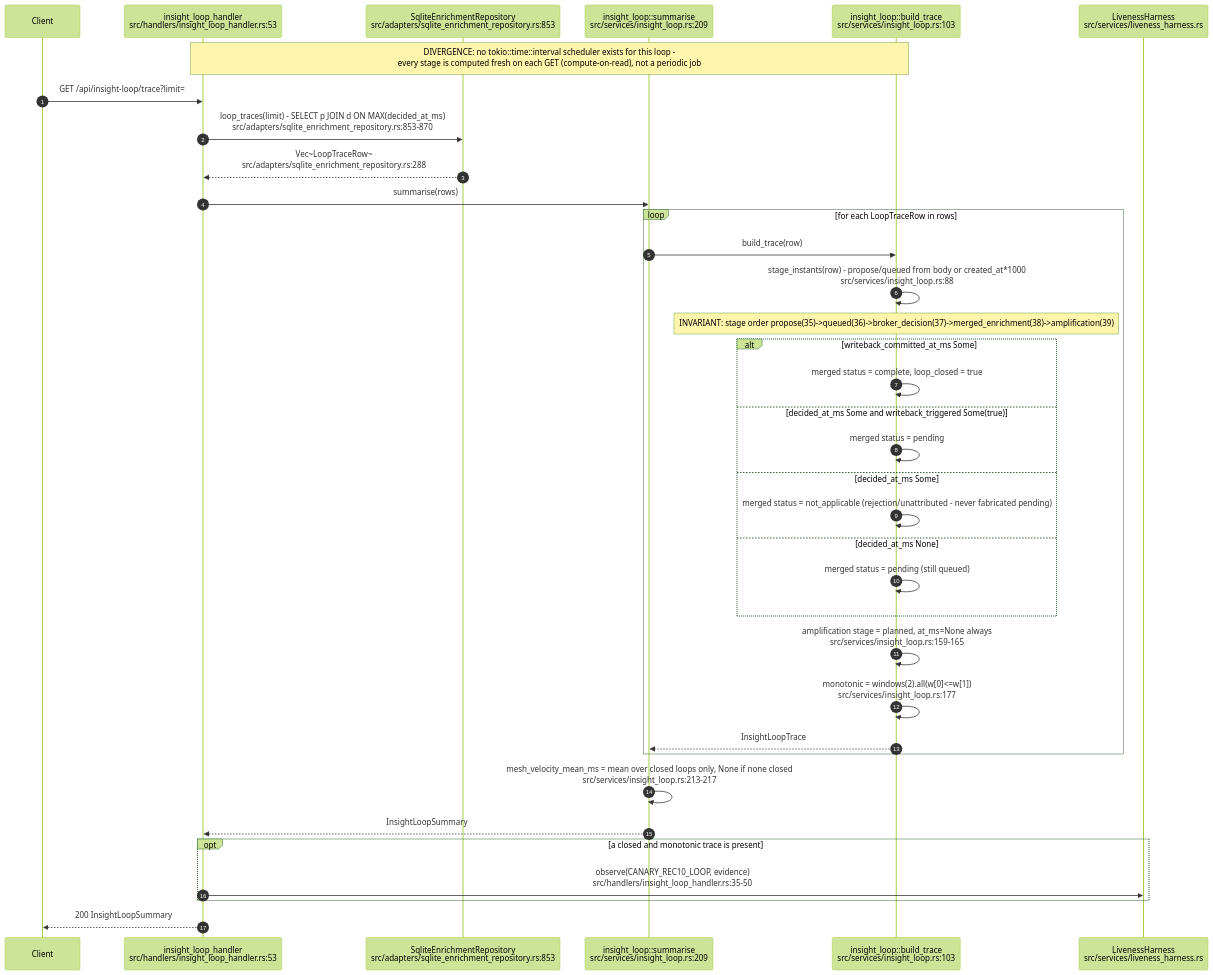
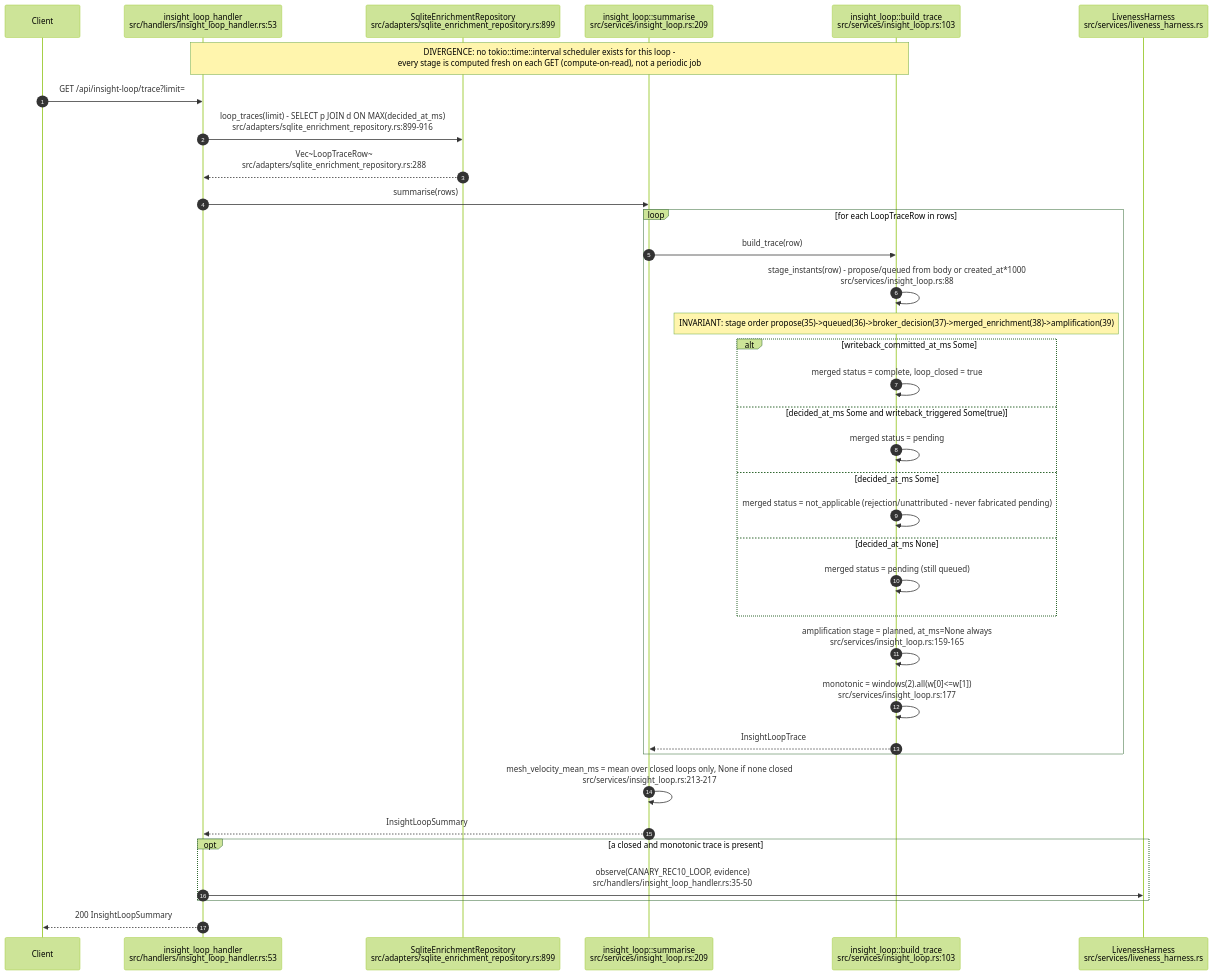
The first of 12 diagrams in docs/diagrams/visionclaw/25-insight-kpi-nlq-semantics.md (DreamLab-AI/VisionFlow), drawn with Mermaid (forest theme) before and after one commit. The commit also changed other lines of this file and 7 other files, not shown here.

First line of the commit message:
diagrams(visionclaw): re-verify VC-25..28 and VC-30..33 at visionclaw 4900ec60b, agentbox 59b1aca1c

````diff
--- a/docs/diagrams/visionclaw/25-insight-kpi-nlq-semantics.md
+++ b/docs/diagrams/visionclaw/25-insight-kpi-nlq-semantics.md
@@ -66,39 +67,39 @@
 ```mermaid
 sequenceDiagram
     autonumber
     participant C as Client
     participant H as insight_loop_handler<br/>src/handlers/insight_loop_handler.rs:53
-    participant R as SqliteEnrichmentRepository<br/>src/adapters/sqlite_enrichment_repository.rs:853
+    participant R as SqliteEnrichmentRepository<br/>src/adapters/sqlite_enrichment_repository.rs:899
     participant L as insight_loop::summarise<br/>src/services/insight_loop.rs:209
     participant B as insight_loop::build_trace<br/>src/services/insight_loop.rs:103
     participant LH as LivenessHarness<br/>src/services/liveness_harness.rs
 
     Note over H,B: DIVERGENCE: no tokio::time::interval scheduler exists for this loop -<br/>every stage is computed fresh on each GET (compute-on-read), not a periodic job
     C->>H: GET /api/insight-loop/trace?limit=
-    H->>R: loop_traces(limit) - SELECT p JOIN d ON MAX(decided_at_ms)<br/>src/adapters/sqlite_enrichment_repository.rs:853-870
+    H->>R: loop_traces(limit) - SELECT p JOIN d ON MAX(decided_at_ms)<br/>src/adapters/sqlite_enrichment_repository.rs:899-916
     R-->>H: Vec~LoopTraceRow~<br/>src/adapters/sqlite_enrichment_repository.rs:288
     H->>L: summarise(rows)
     loop for each LoopTraceRow in rows
         L->>B: build_trace(row)
         B->>B: stage_instants(row) - propose/queued from body or created_at*1000<br/>src/services/insight_loop.rs:88
         Note over B: INVARIANT: stage order propose(35)->queued(36)->broker_decision(37)->merged_enrichment(38)->amplification(39)
         alt writeback_committed_at_ms Some
             B->>B: merged status = complete, loop_closed = true
         else decided_at_ms Some and writeback_triggered Some(true)
             B->>B: merged status = pending
         else decided_at_ms Some
             B->>B: merged status = not_applicable (rejection/unattributed - never fabricated pending)
         else decided_at_ms None
             B->>B: merged status = pending (still queued)
         end
         B->>B: amplification stage = planned, at_ms=None always<br/>src/services/insight_loop.rs:159-165
         B->>B: monotonic = windows(2).all(w[0]<=w[1])<br/>src/services/insight_loop.rs:177
         B-->>L: InsightLoopTrace
     end
     L->>L: mesh_velocity_mean_ms = mean over closed loops only, None if none closed<br/>src/services/insight_loop.rs:213-217
     L-->>H: InsightLoopSummary
     opt a closed and monotonic trace is present
         H->>LH: observe(CANARY_REC10_LOOP, evidence)<br/>src/handlers/insight_loop_handler.rs:35-50
     end
     H-->>C: 200 InsightLoopSummary
 ```
````
